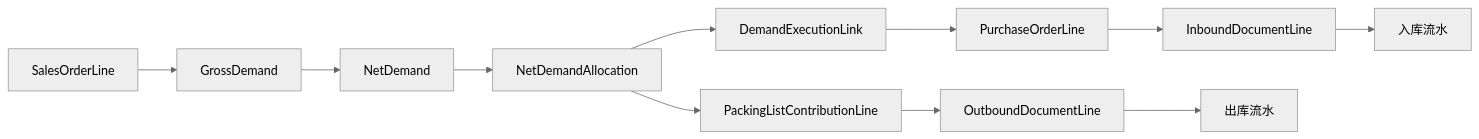
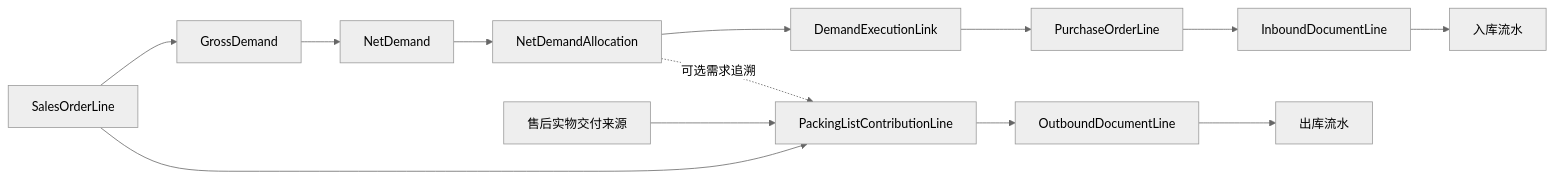
Before and after one commit to yanwei175/SwiftExport: the third of 3 diagrams in .agents/references/ERP业务流程导航图.md, drawn with Mermaid (neutral theme). The commit also changed other lines of this file and 46 other files, not shown here.

````diff
--- a/.agents/references/ERP业务流程导航图.md
+++ b/.agents/references/ERP业务流程导航图.md
@@ -173,13 +187,15 @@
 ```mermaid
 flowchart LR
     SO[SalesOrderLine] --> GD[GrossDemand]
     GD --> ND[NetDemand]
     ND --> AL[NetDemandAllocation]
     AL --> DL[DemandExecutionLink]
     DL --> PO[PurchaseOrderLine]
     PO --> IN[InboundDocumentLine]
     IN --> IL1[入库流水]
-    AL --> PLC[PackingListContributionLine]
+    SO --> PLC[PackingListContributionLine]
+    AS[售后实物交付来源] --> PLC
+    AL -.可选需求追溯.-> PLC
     PLC --> OUT[OutboundDocumentLine]
     OUT --> IL2[出库流水]
 ```
````
